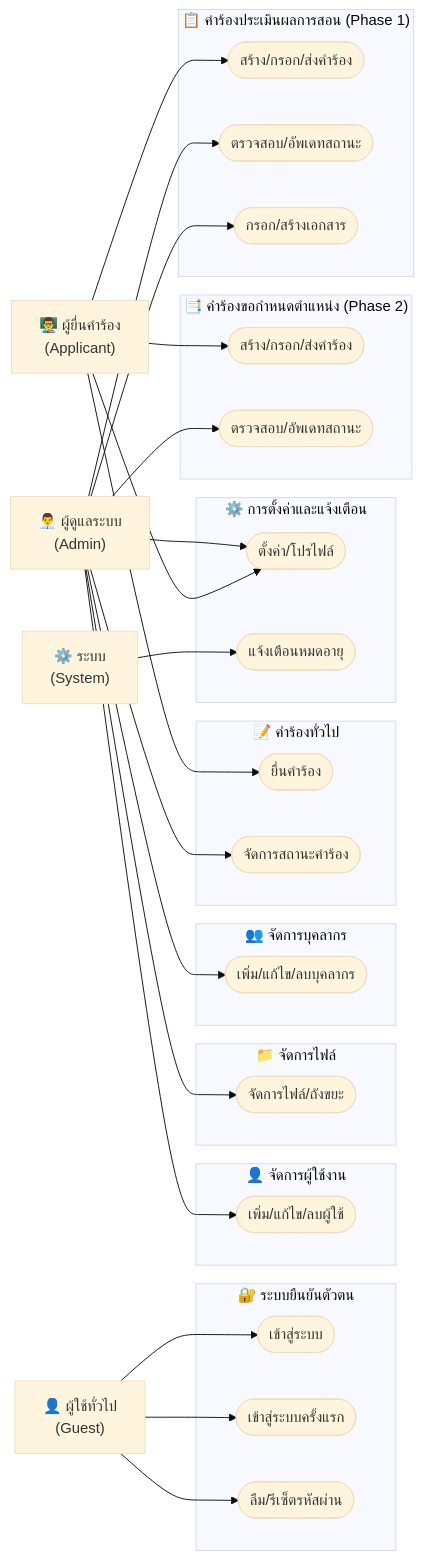
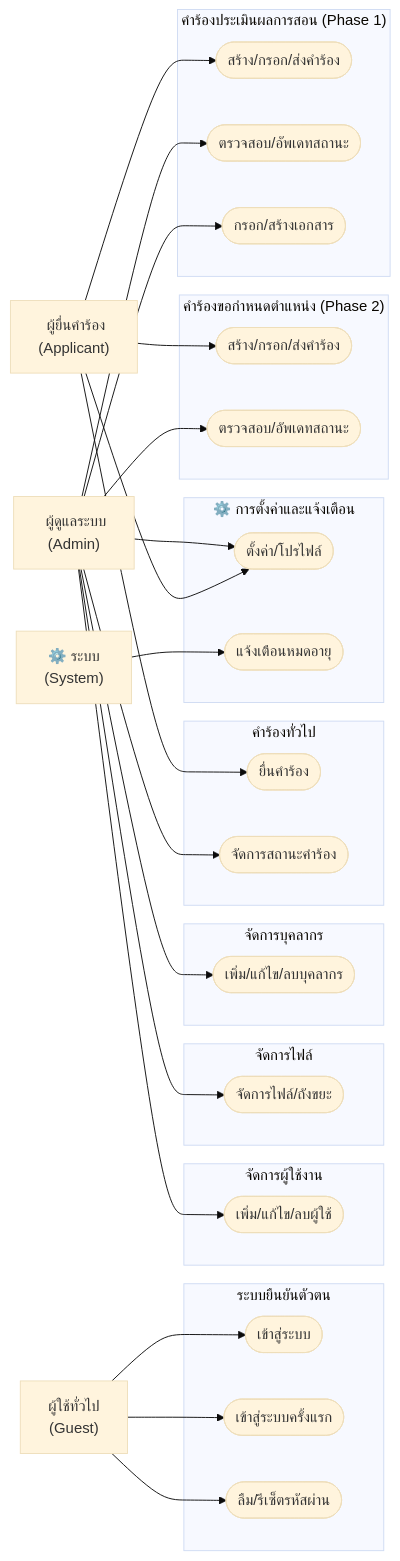
Before and after one commit to kriangkraiii/HRCP.KKU: the diagram in HRCP-KKU-Academic/docs/modules/01-system-overview.md, drawn with Mermaid (base theme). The commit also changed 69 other files, not shown here.

````diff
--- a/HRCP-KKU-Academic/docs/modules/01-system-overview.md
+++ b/HRCP-KKU-Academic/docs/modules/01-system-overview.md
@@ -22,66 +22,66 @@
 ```mermaid
 graph LR
-    Guest["👤 ผู้ใช้ทั่วไป<br/>(Guest)"]
-    User["👨‍🏫 ผู้ยื่นคำร้อง<br/>(Applicant)"]
-    Admin["👨‍💼 ผู้ดูแลระบบ<br/>(Admin)"]
+    Guest[" ผู้ใช้ทั่วไป<br/>(Guest)"]
+    User["‍ ผู้ยื่นคำร้อง<br/>(Applicant)"]
+    Admin["‍ ผู้ดูแลระบบ<br/>(Admin)"]
     System["⚙️ ระบบ<br/>(System)"]
 
-    subgraph S1["🔐 ระบบยืนยันตัวตน"]
+    subgraph S1[" ระบบยืนยันตัวตน"]
         UC_AUTH1(["เข้าสู่ระบบ"])
         UC_AUTH2(["เข้าสู่ระบบครั้งแรก"])
         UC_AUTH3(["ลืม/รีเซ็ตรหัสผ่าน"])
     end
 
-    subgraph S2["📋 คำร้องประเมินผลการสอน (Phase 1)"]
+    subgraph S2[" คำร้องประเมินผลการสอน (Phase 1)"]
         UC_ACAD1(["สร้าง/กรอก/ส่งคำร้อง"])
         UC_ACAD2(["ตรวจสอบ/อัพเดทสถานะ"])
         UC_ACAD3(["กรอก/สร้างเอกสาร"])
     end
 
-    subgraph S3["📑 คำร้องขอกำหนดตำแหน่ง (Phase 2)"]
+    subgraph S3[" คำร้องขอกำหนดตำแหน่ง (Phase 2)"]
         UC_POS1(["สร้าง/กรอก/ส่งคำร้อง"])
         UC_POS2(["ตรวจสอบ/อัพเดทสถานะ"])
     end
 
-    subgraph S4["📝 คำร้องทั่วไป"]
+    subgraph S4[" คำร้องทั่วไป"]
         UC_PET1(["ยื่นคำร้อง"])
         UC_PET2(["จัดการสถานะคำร้อง"])
     end
 
-    subgraph S5["👥 จัดการบุคลากร"]
+    subgraph S5[" จัดการบุคลากร"]
         UC_STAFF1(["เพิ่ม/แก้ไข/ลบบุคลากร"])
     end
 
-    subgraph S6["📁 จัดการไฟล์"]
+    subgraph S6[" จัดการไฟล์"]
         UC_FILE1(["จัดการไฟล์/ถังขยะ"])
     end
 
-    subgraph S7["👤 จัดการผู้ใช้งาน"]
+    subgraph S7[" จัดการผู้ใช้งาน"]
         UC_USER1(["เพิ่ม/แก้ไข/ลบผู้ใช้"])
     end
 
     subgraph S8["⚙️ การตั้งค่าและแจ้งเตือน"]
         UC_SET1(["ตั้งค่า/โปรไฟล์"])
         UC_SET2(["แจ้งเตือนหมดอายุ"])
     end
 
     Guest --> UC_AUTH1
     Guest --> UC_AUTH2
     Guest --> UC_AUTH3
 
     User --> UC_ACAD1
     User --> UC_POS1
     User --> UC_PET1
     User --> UC_SET1
 
     Admin --> UC_ACAD2
     Admin --> UC_ACAD3
     Admin --> UC_POS2
     Admin --> UC_PET2
     Admin --> UC_STAFF1
     Admin --> UC_FILE1
     Admin --> UC_USER1
     Admin --> UC_SET1
 
     System --> UC_SET2
 ```
````
